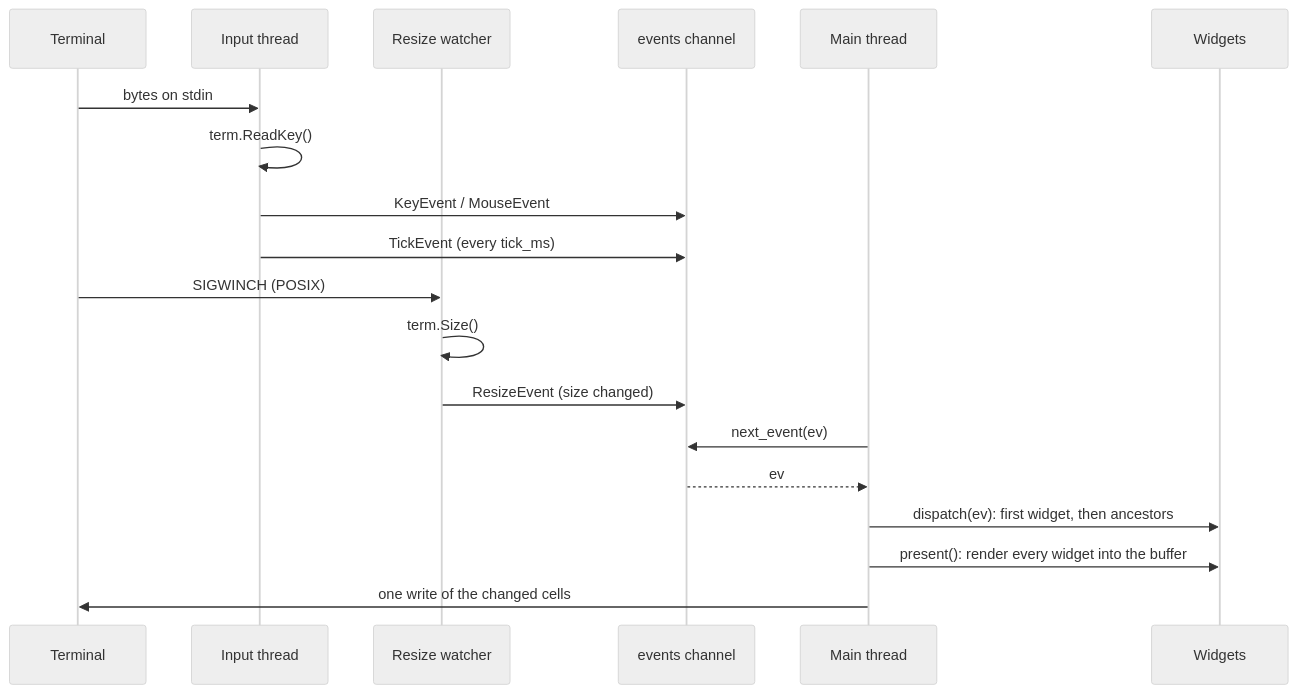
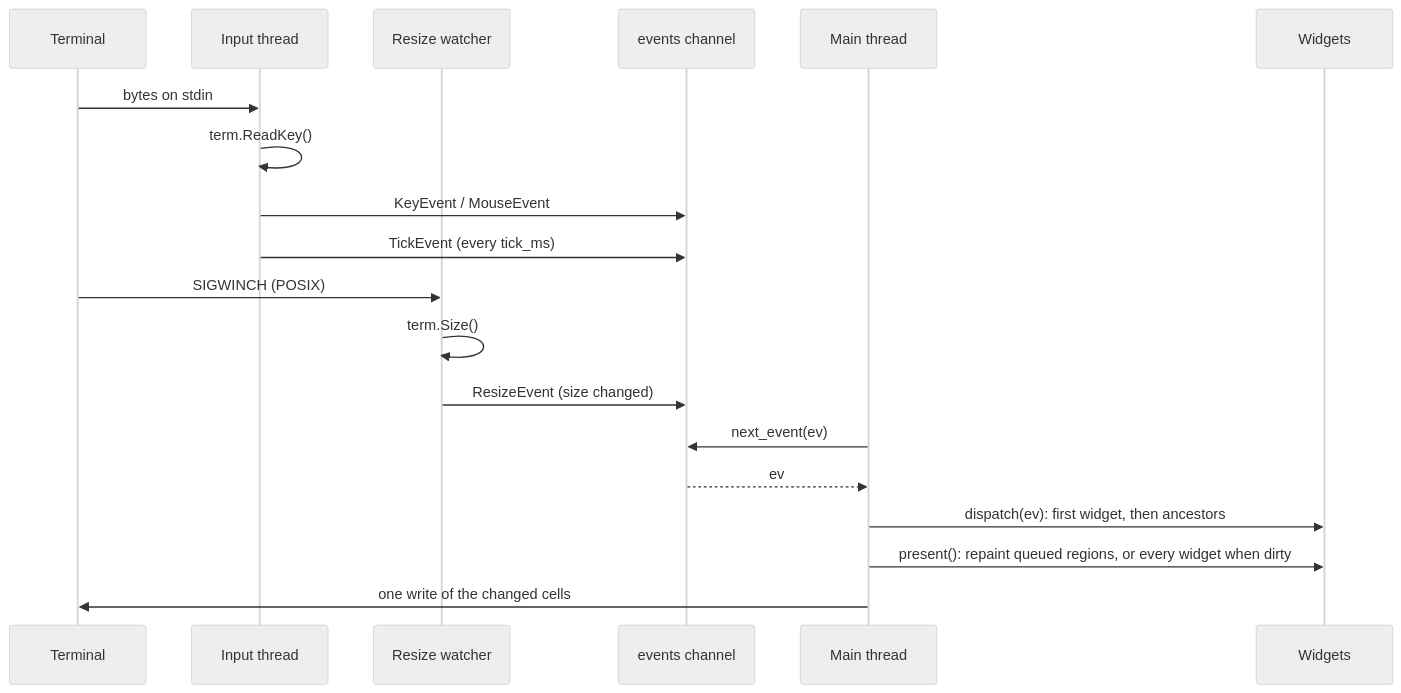
Before and after one commit to curedbylethe/basalam: the diagram in concepts/event-loop.mdx, drawn with Mermaid (neutral theme). The commit also changed other lines of this file and 8 other files, not shown here.

````diff
--- a/concepts/event-loop.mdx
+++ b/concepts/event-loop.mdx
@@ -11,21 +11,21 @@
 ```mermaid
 sequenceDiagram
     participant T as Terminal
     participant I as Input thread
     participant N as Resize watcher
     participant C as events channel
     participant M as Main thread
     participant W as Widgets
     T->>I: bytes on stdin
     I->>I: term.ReadKey()
     I->>C: KeyEvent / MouseEvent
     I->>C: TickEvent (every tick_ms)
     T->>N: SIGWINCH (POSIX)
     N->>N: term.Size()
     N->>C: ResizeEvent (size changed)
     M->>C: next_event(ev)
     C-->>M: ev
     M->>W: dispatch(ev): first widget, then ancestors
-    M->>W: present(): render every widget into the buffer
+    M->>W: present(): repaint queued regions, or every widget when dirty
     M->>T: one write of the changed cells
 ```
````
